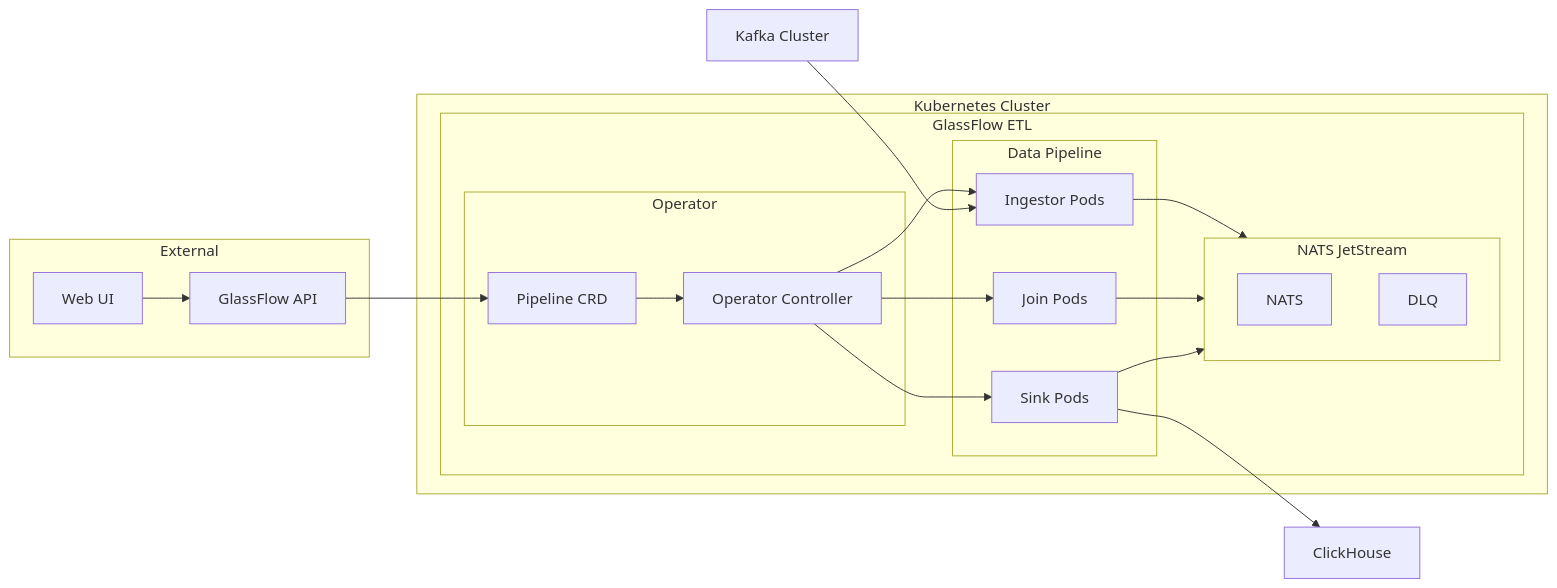
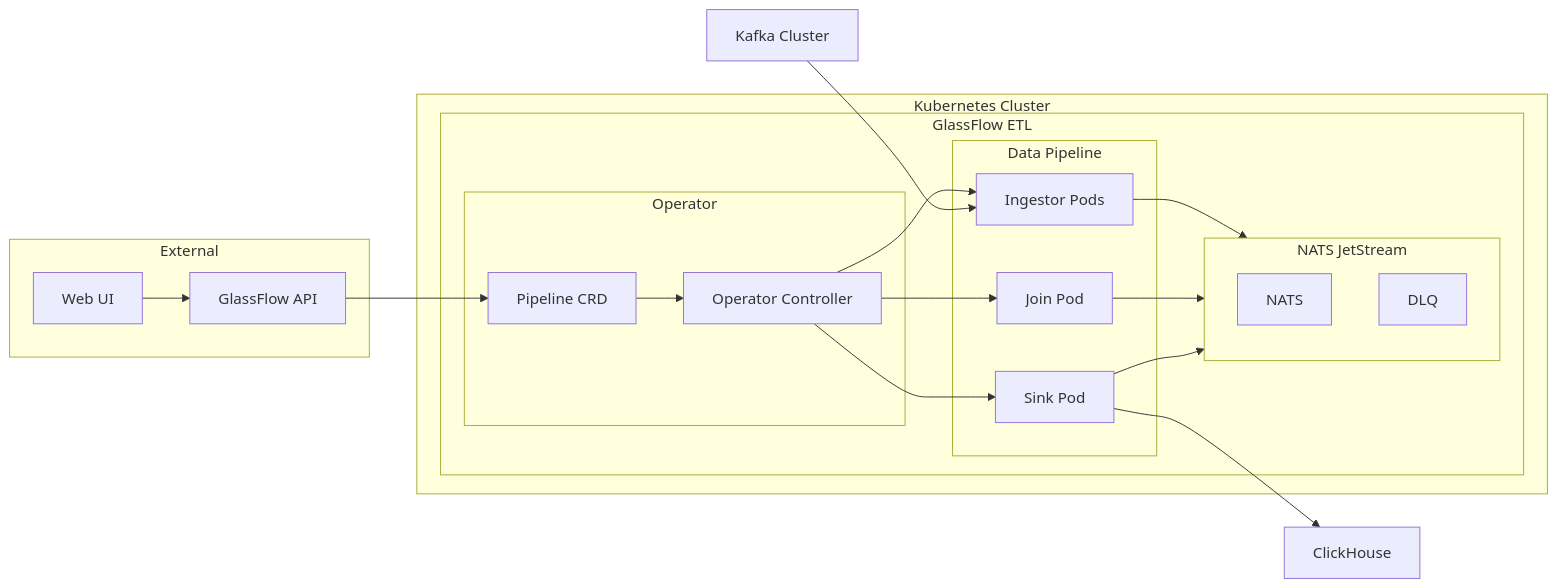
The diagram in README.md (glassflow/glassflow-etl-k8s-operator), drawn with Mermaid before and after one commit. The commit also changed other lines of this file, not shown here.

````diff
--- a/README.md
+++ b/README.md
@@ -41,47 +68,47 @@
 ```mermaid
 graph LR
     KAFKA[Kafka Cluster]
     
     subgraph "Kubernetes Cluster"
         subgraph "GlassFlow ETL"
             subgraph "Operator"
                 OP[Operator Controller]
                 CRD[Pipeline CRD]
             end
             
             subgraph "Data Pipeline"
                 ING[Ingestor Pods]
-                JOIN[Join Pods]
-                SINK[Sink Pods]
+                JOIN[Join Pod]
+                SINK[Sink Pod]
             end
             
             subgraph NATS_JETSTREAM["NATS JetStream"]
                 NATS[NATS]
                 DLQ[DLQ]
             end
         end
     end
     
     CH[ClickHouse]
     
     subgraph "External"
         API[GlassFlow API]
         UI[Web UI]
     end
     
     API --> CRD
     CRD --> OP
     OP --> ING
     OP --> JOIN
     OP --> SINK
     
     ING --> NATS_JETSTREAM
     JOIN --> NATS_JETSTREAM
     SINK --> NATS_JETSTREAM
     
     KAFKA --> ING
     SINK --> CH
     
     UI --> API
     
 ```
````
